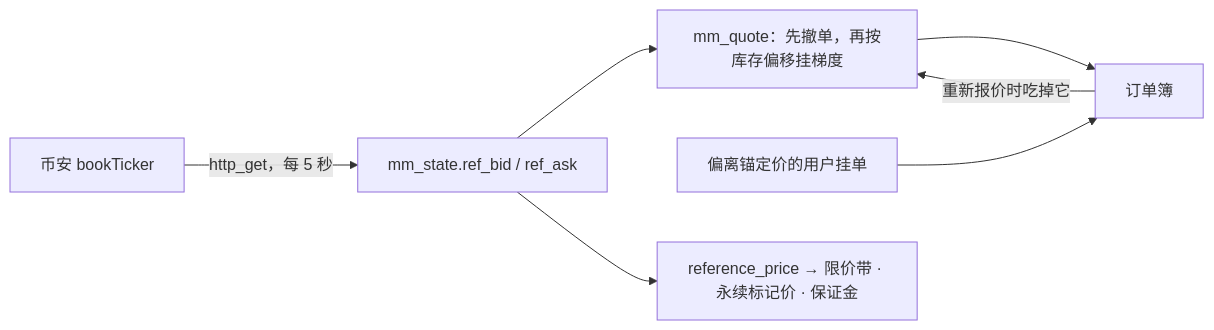
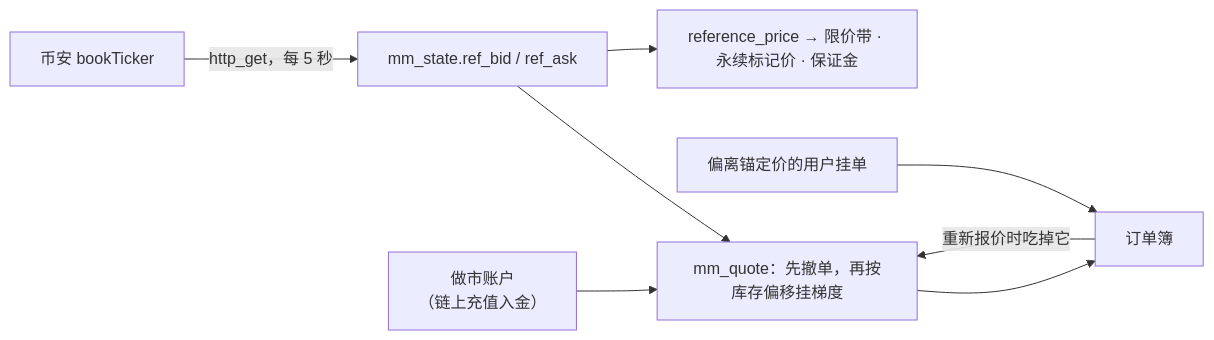
One commit to stars-labs/pg-outcry changed the diagram in docs/OPERATIONS.zh-CN.md. Above: the diagram before and after it, drawn with Mermaid. The commit also changed other lines of this file and 7 other files, not shown here.

````diff
--- a/docs/OPERATIONS.zh-CN.md
+++ b/docs/OPERATIONS.zh-CN.md
@@ -44,9 +45,10 @@
 ```mermaid
 flowchart LR
   B["币安 bookTicker"] -->|"http_get，每 5 秒"| R["mm_state.ref_bid / ref_ask"]
   R --> Q["mm_quote：先撤单，再按库存偏移挂梯度"]
+  W["做市账户<br/>（链上充值入金）"] --> Q
   Q --> OB["订单簿"]
   U["偏离锚定价的用户挂单"] --> OB
   OB -->|"重新报价时吃掉它"| Q
   R --> P["reference_price → 限价带 · 永续标记价 · 保证金"]
 ```
````
